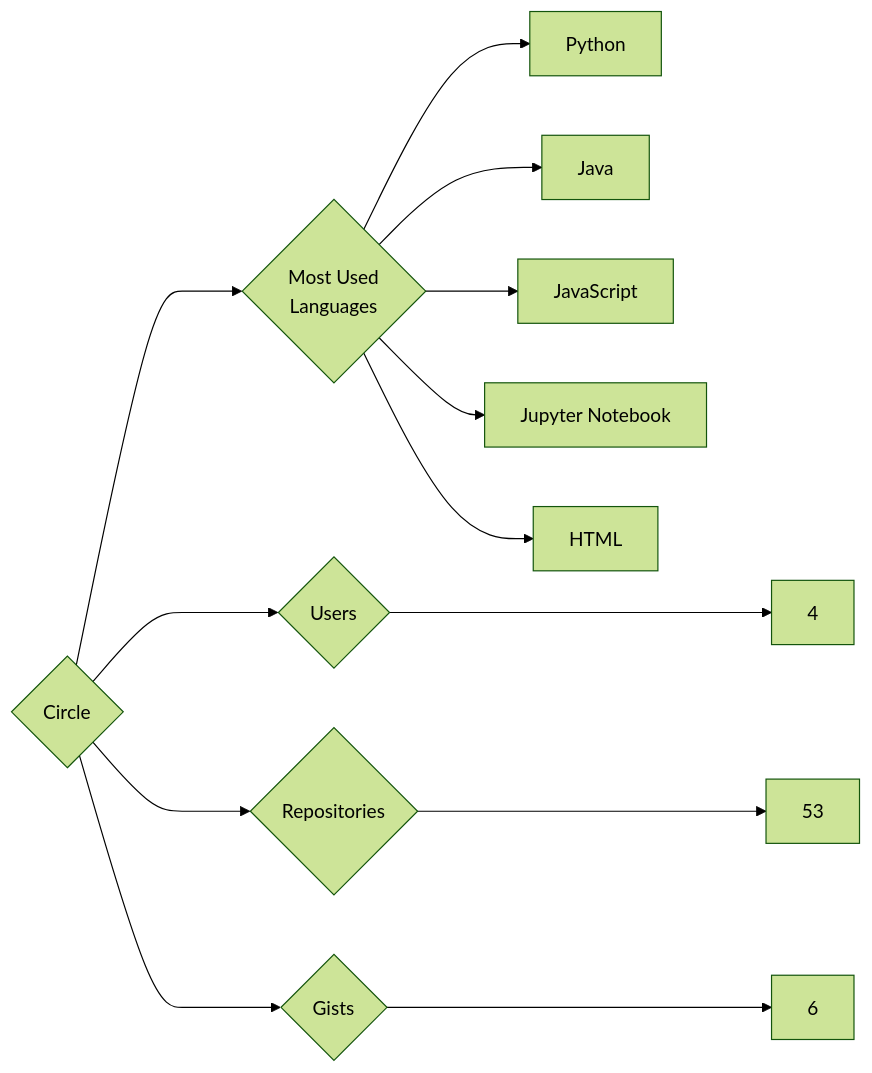
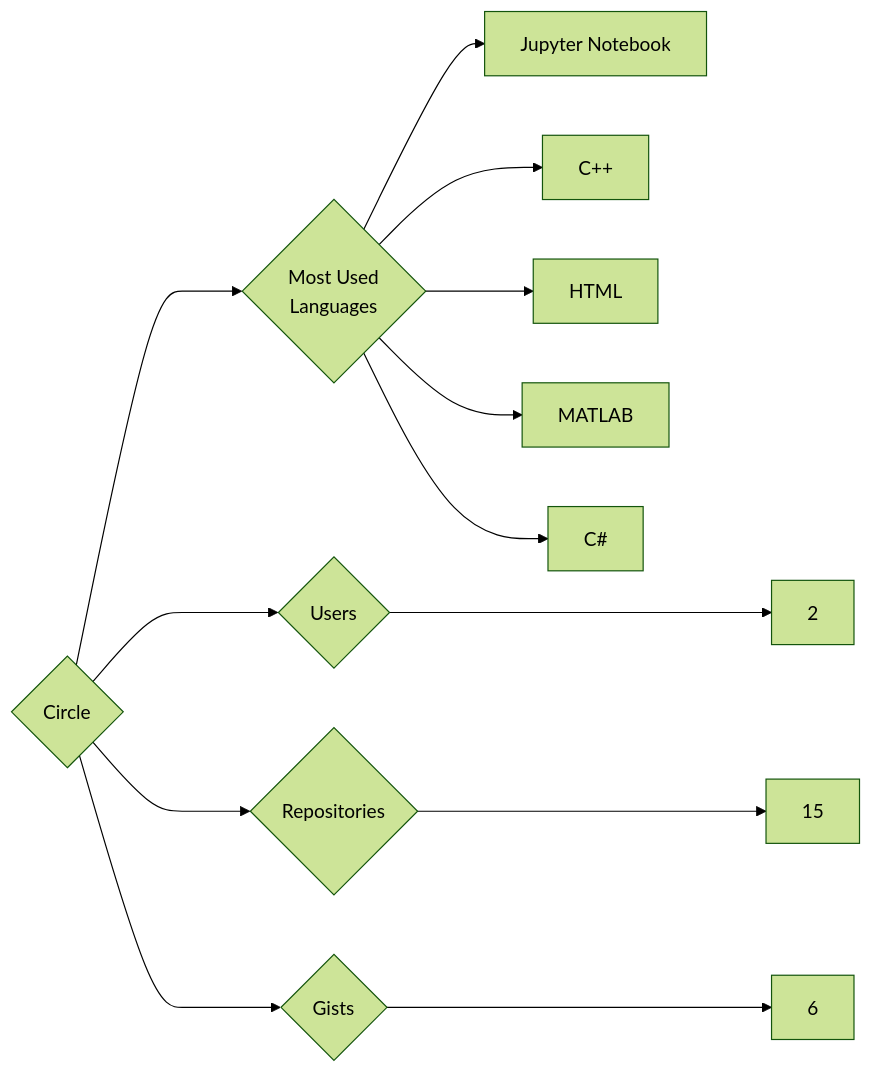
One commit to trickest/insiders changed the diagram in targets/Circle/README.md. Above: the diagram before and after it, drawn with Mermaid (forest theme). The commit also changed 1141 other files, not shown here.

````diff
--- a/targets/Circle/README.md
+++ b/targets/Circle/README.md
@@ -3,13 +3,13 @@
 ```mermaid
 graph LR
 COMPANY_NAME{Circle}
-COMPANY_NAME ---> U{Users} ---> UN[4]
-COMPANY_NAME ---> R{Repositories} ---> RN[53]
+COMPANY_NAME ---> U{Users} ---> UN[2]
+COMPANY_NAME ---> R{Repositories} ---> RN[15]
 COMPANY_NAME ---> G{Gists} ---> GN[6]
 COMPANY_NAME ---> ML{Most Used<br>Languages}
-ML --> Python[Python]
-ML --> Java[Java]
-ML --> JavaScript[JavaScript]
 ML --> Jupyter_Notebook[Jupyter Notebook]
+ML --> C++[C++]
 ML --> HTML[HTML]
+ML --> MATLAB[MATLAB]
+ML --> C#[C#]
 ```
````
